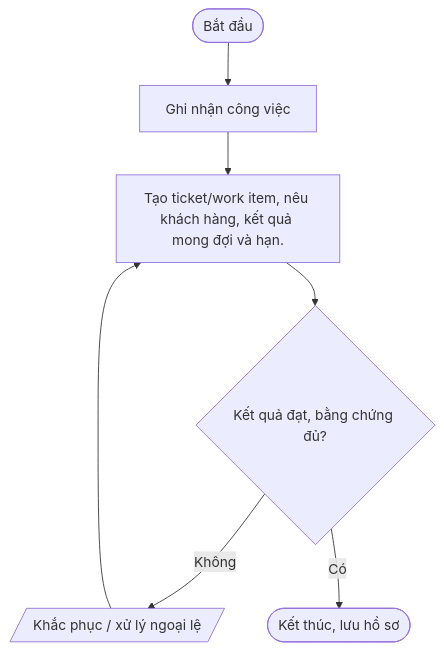
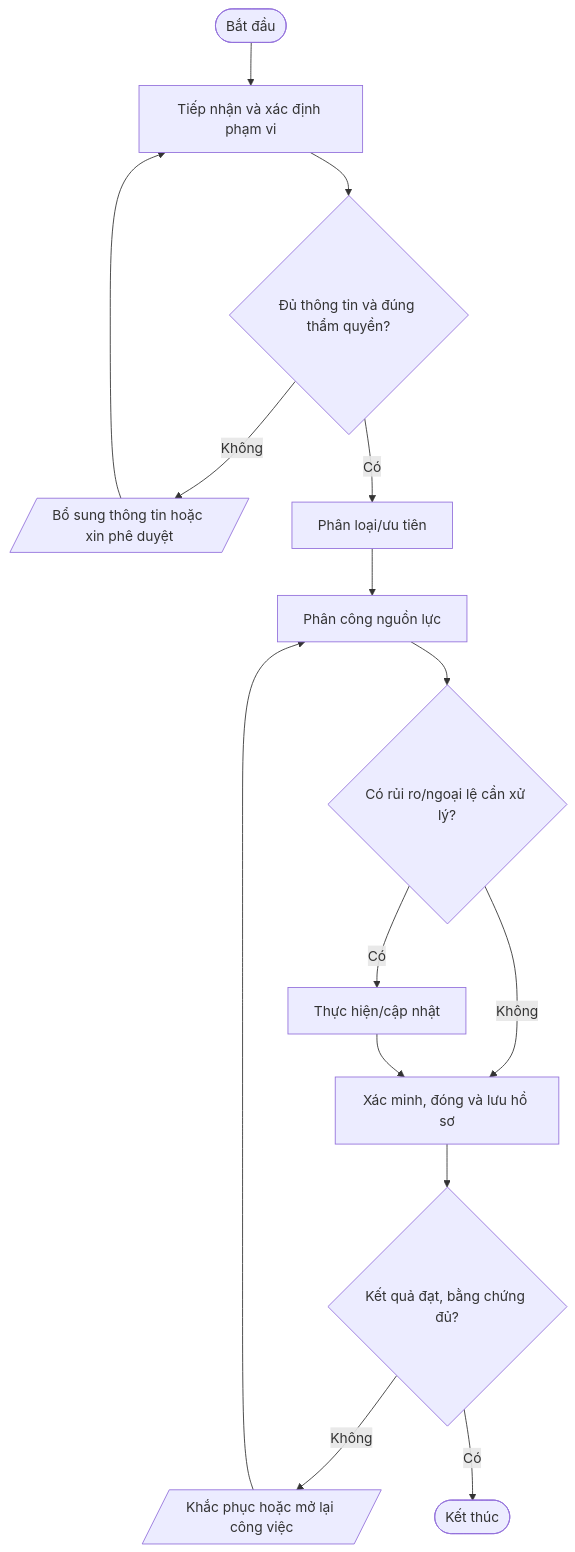
One commit to daoaigiangnam/Quy_Trinh_Chuan changed the third of 9 diagrams in quy-trinh/02-Van-hanh-IT/README.md. Above: the diagram before and after it, drawn with Mermaid. The commit also changed other lines of this file, not shown here.

Commit message:
docs: refine detailed procedure steps and Mermaid flowcharts

````diff
--- a/quy-trinh/02-Van-hanh-IT/README.md
+++ b/quy-trinh/02-Van-hanh-IT/README.md
@@ -192,11 +231,17 @@
 ```mermaid
 flowchart TD
-  A([Bắt đầu]) --> S1
-  S1["Ghi nhận công việc"]
-  S2["Tạo ticket/work item, nêu khách hàng, kết quả mong đợi và hạn."]
-  S1 --> S2
-  S2 --> D2{"Kết quả đạt, bằng chứng đủ?"}
-  D2 -- Không --> REWORK[/"Khắc phục / xử lý ngoại lệ"/]
-  REWORK --> S2
-  D2 -- Có --> Z([Kết thúc, lưu hồ sơ])
+  A([Bắt đầu]) --> S1["Tiếp nhận và xác định phạm vi"]
+  S1 --> D1{"Đủ thông tin và đúng thẩm quyền?"}
+  D1 -- Không --> F1[/"Bổ sung thông tin hoặc xin phê duyệt"/]
+  F1 --> S1
+  D1 -- Có --> S2["Phân loại/ưu tiên"]
+  S2 --> S3["Phân công nguồn lực"]
+  S3 --> D2{"Có rủi ro/ngoại lệ cần xử lý?"}
+  D2 -- Có --> S4["Thực hiện/cập nhật"]
+  D2 -- Không --> S5["Xác minh, đóng và lưu hồ sơ"]
+  S4 --> S5
+  S5 --> D3{"Kết quả đạt, bằng chứng đủ?"}
+  D3 -- Không --> R[/"Khắc phục hoặc mở lại công việc"/]
+  R --> S3
+  D3 -- Có --> Z([Kết thúc])
 ```
````
